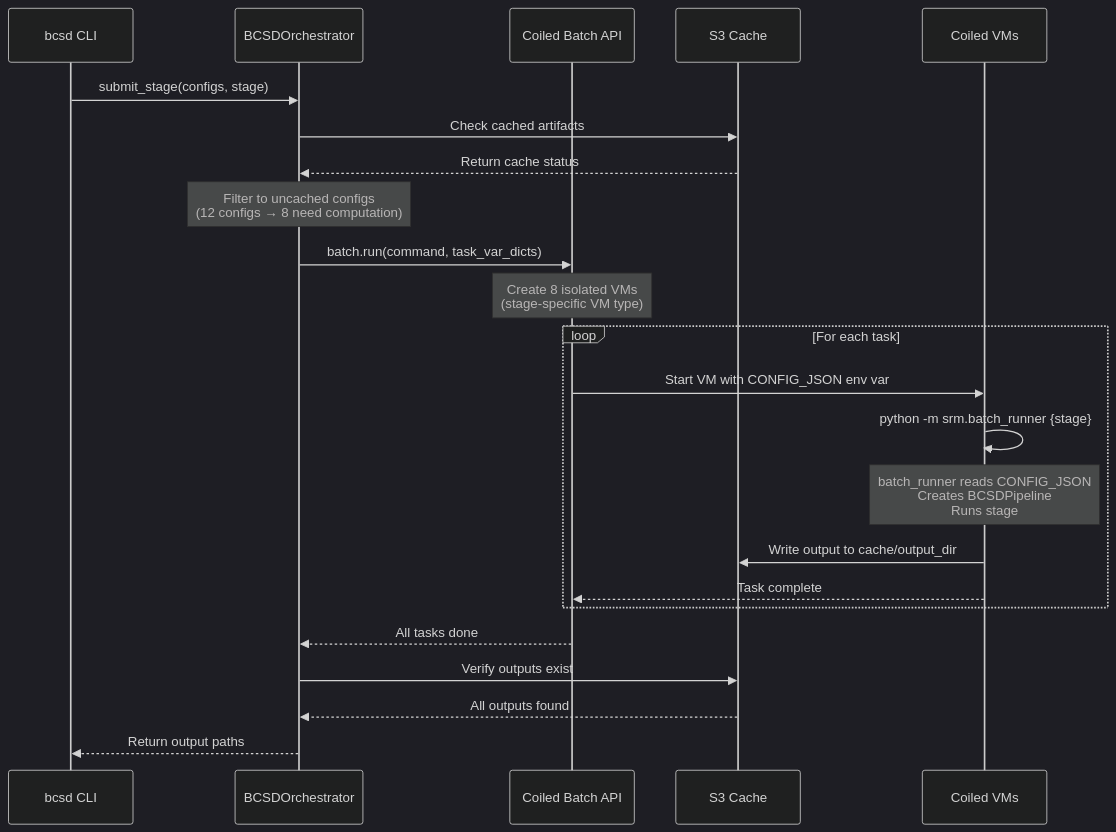
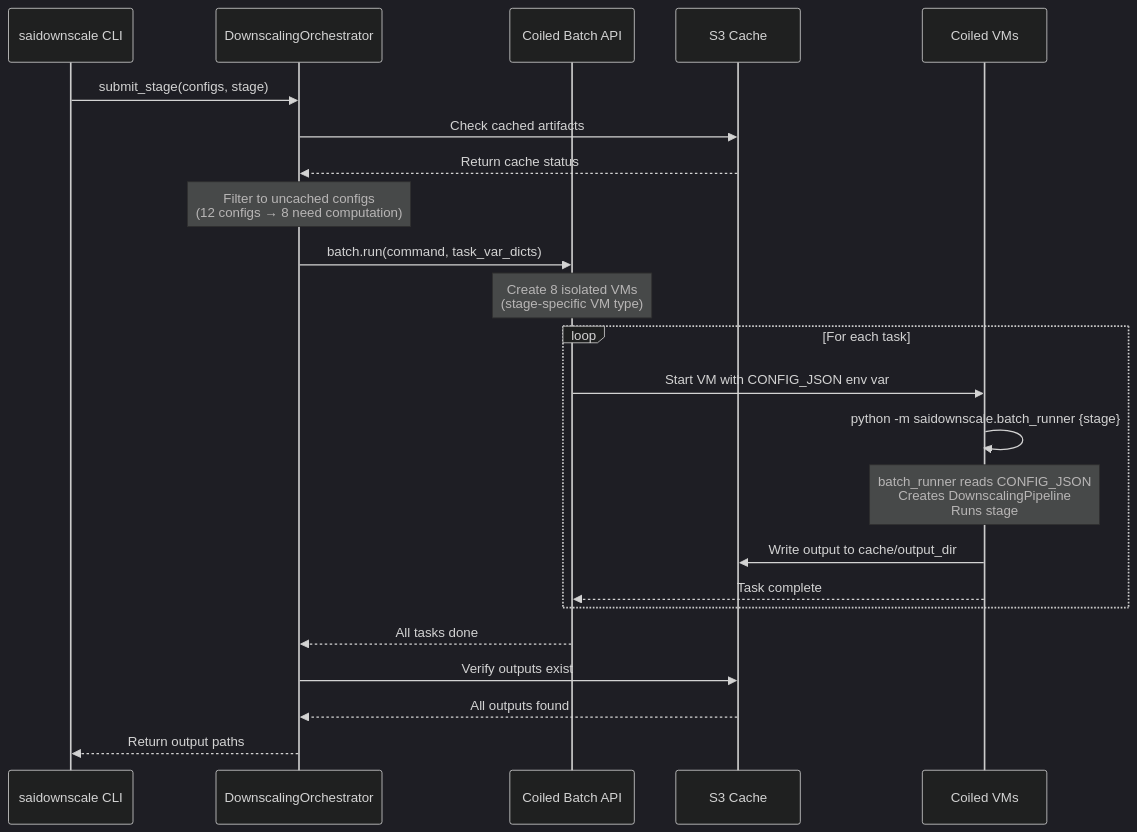
The second of 3 diagrams in docs/explanation/pipeline-architecture.md (carbonplan/sai-downscaling), drawn with Mermaid (dark theme) before and after one commit. The commit also changed other lines of this file and 201 other files, not shown here.

Commit message:
rename package to saidownscale and config classes to Downscaling* (#678)

````diff
--- a/docs/explanation/pipeline-architecture.md
+++ b/docs/explanation/pipeline-architecture.md
@@ -204,30 +204,30 @@
 ```mermaid
 sequenceDiagram
-    participant CLI as bcsd CLI
-    participant Orch as BCSDOrchestrator
+    participant CLI as saidownscale CLI
+    participant Orch as DownscalingOrchestrator
     participant Coiled as Coiled Batch API
     participant S3 as S3 Cache
     participant VM as Coiled VMs
     
     CLI->>Orch: submit_stage(configs, stage)
     Orch->>S3: Check cached artifacts
     S3-->>Orch: Return cache status
     
     Note over Orch: Filter to uncached configs<br/>(12 configs → 8 need computation)
     
     Orch->>Coiled: batch.run(command, task_var_dicts)
     Note over Coiled: Create 8 isolated VMs<br/>(stage-specific VM type)
     
     loop For each task
         Coiled->>VM: Start VM with CONFIG_JSON env var
-        VM->>VM: python -m srm.batch_runner {stage}
-        Note over VM: batch_runner reads CONFIG_JSON<br/>Creates BCSDPipeline<br/>Runs stage
+        VM->>VM: python -m saidownscale.batch_runner {stage}
+        Note over VM: batch_runner reads CONFIG_JSON<br/>Creates DownscalingPipeline<br/>Runs stage
         VM->>S3: Write output to cache/output_dir
         VM-->>Coiled: Task complete
     end
     
     Coiled-->>Orch: All tasks done
     Orch->>S3: Verify outputs exist
     S3-->>Orch: All outputs found
     Orch-->>CLI: Return output paths
 ```
````
